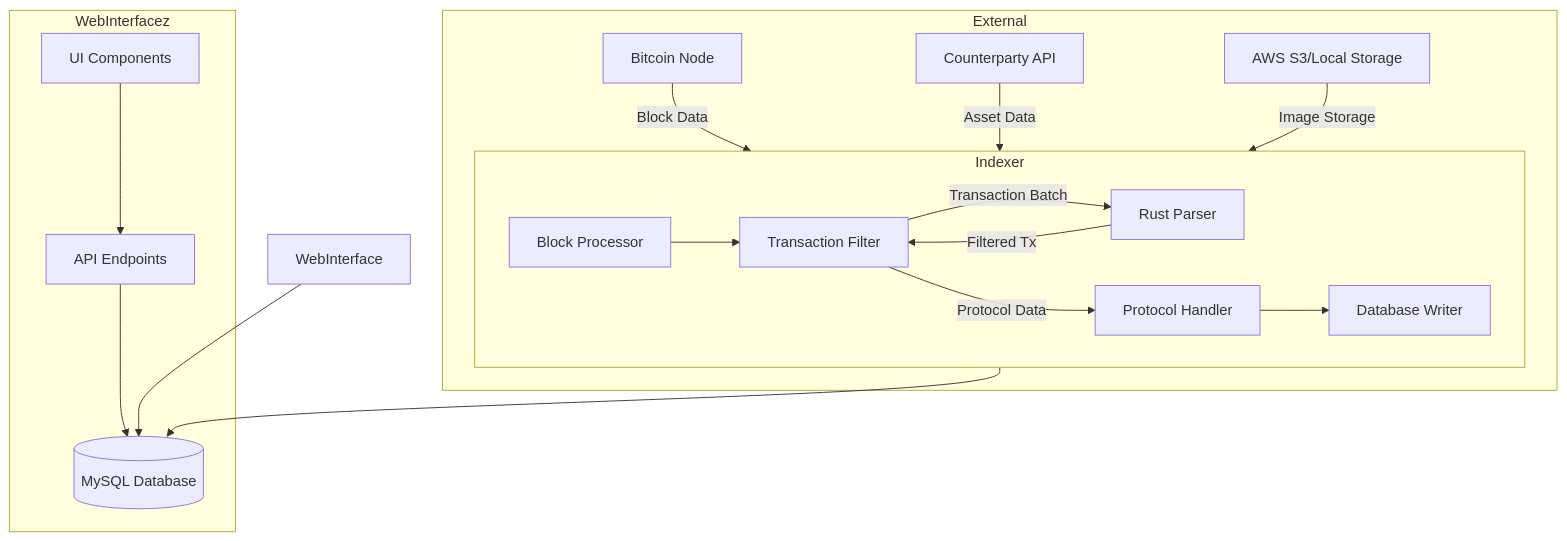
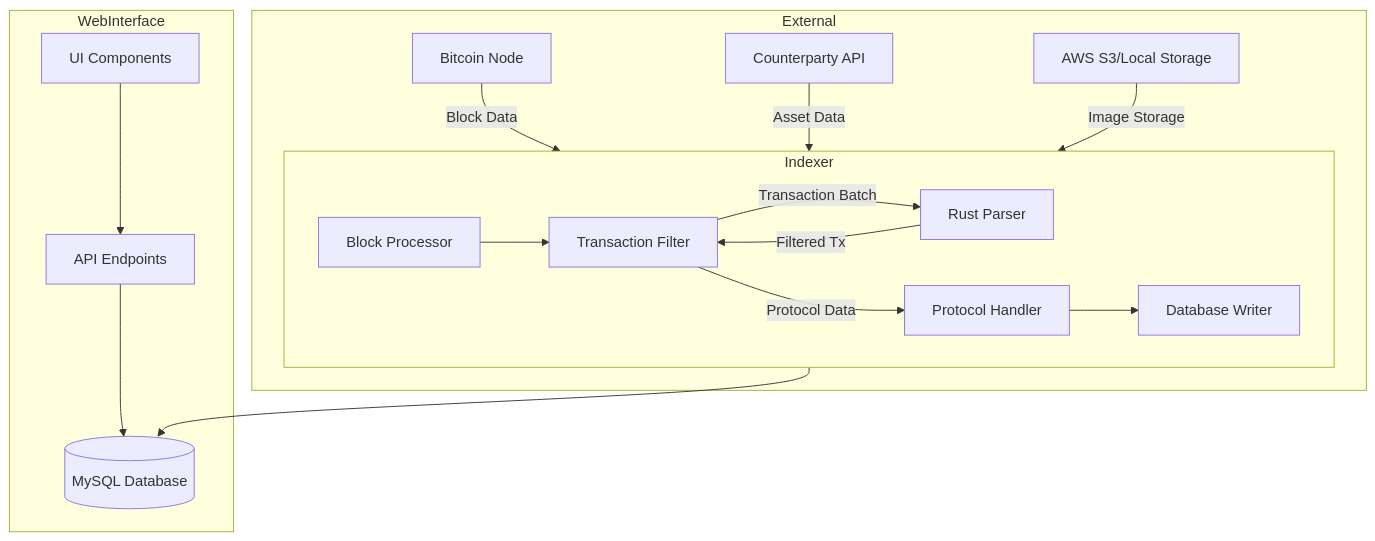
The diagram in docs/ARCHITECTURE.md (bitcoinuniverseio/btc_stamps), drawn with Mermaid before and after one commit. The commit also changed other lines of this file and 6 other files, not shown here.

````diff
--- a/docs/ARCHITECTURE.md
+++ b/docs/ARCHITECTURE.md
@@ -7,24 +10,23 @@
 ```mermaid
 flowchart TD
     subgraph External
     BTCNode[Bitcoin Node] --> |Block Data| Indexer
     CPNode[Counterparty API] --> |Asset Data| Indexer
     Storage[AWS S3/Local Storage] --> |Image Storage| Indexer
     end
 
     subgraph Indexer
     BlockProcessor[Block Processor] --> TransactionFilter[Transaction Filter]
     TransactionFilter --> |Transaction Batch| RustParser[Rust Parser]
     RustParser --> |Filtered Tx| TransactionFilter
     TransactionFilter --> |Protocol Data| ProtocolHandler[Protocol Handler]
     ProtocolHandler --> DatabaseWriter[Database Writer]
     end
 
-    subgraph WebInterfacez
+    subgraph WebInterface
     APIEndpoints[API Endpoints] --> Database
     UIComponents[UI Components] --> APIEndpoints
     end
 
     Indexer --> Database[(MySQL Database)]
-    WebInterface --> Database
 ```
````
